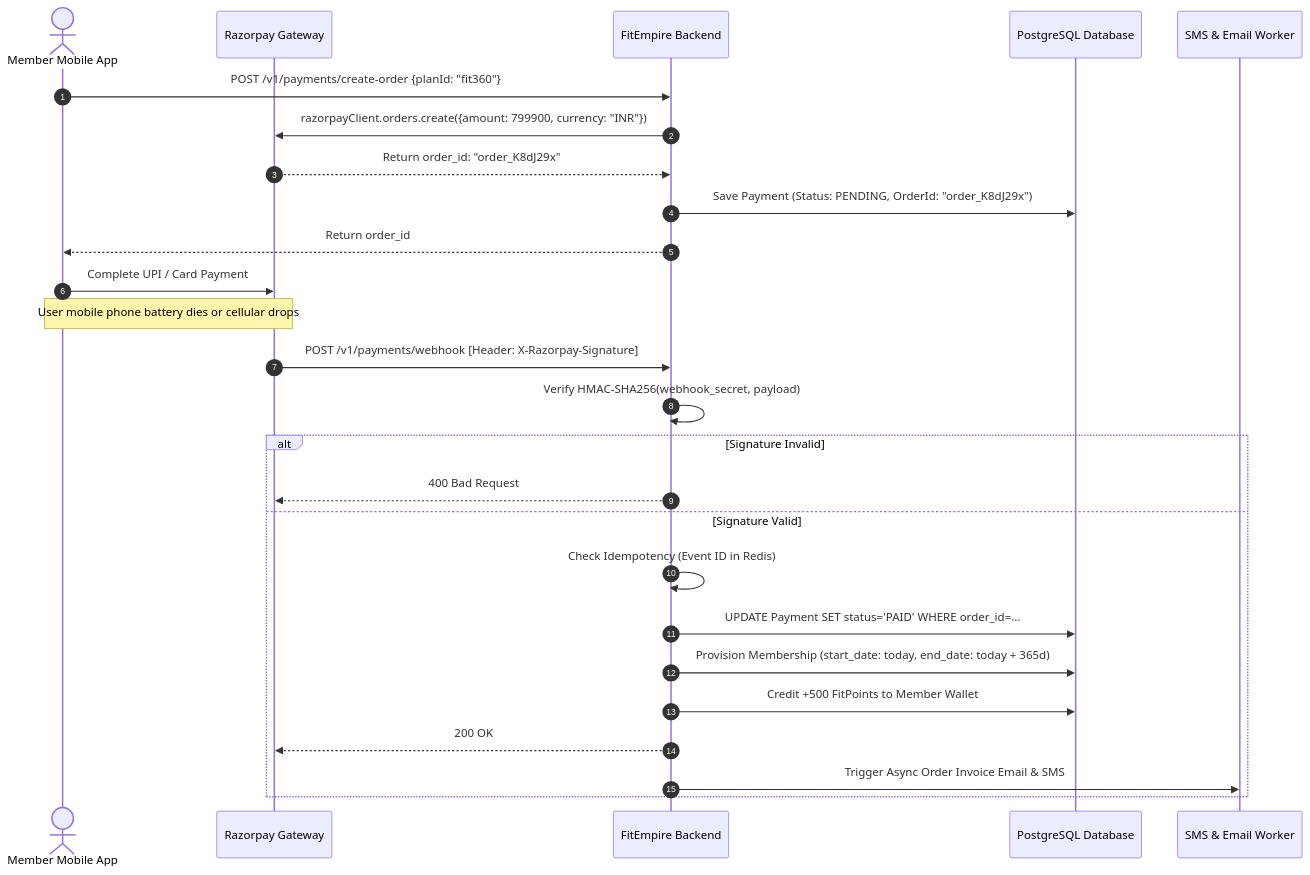
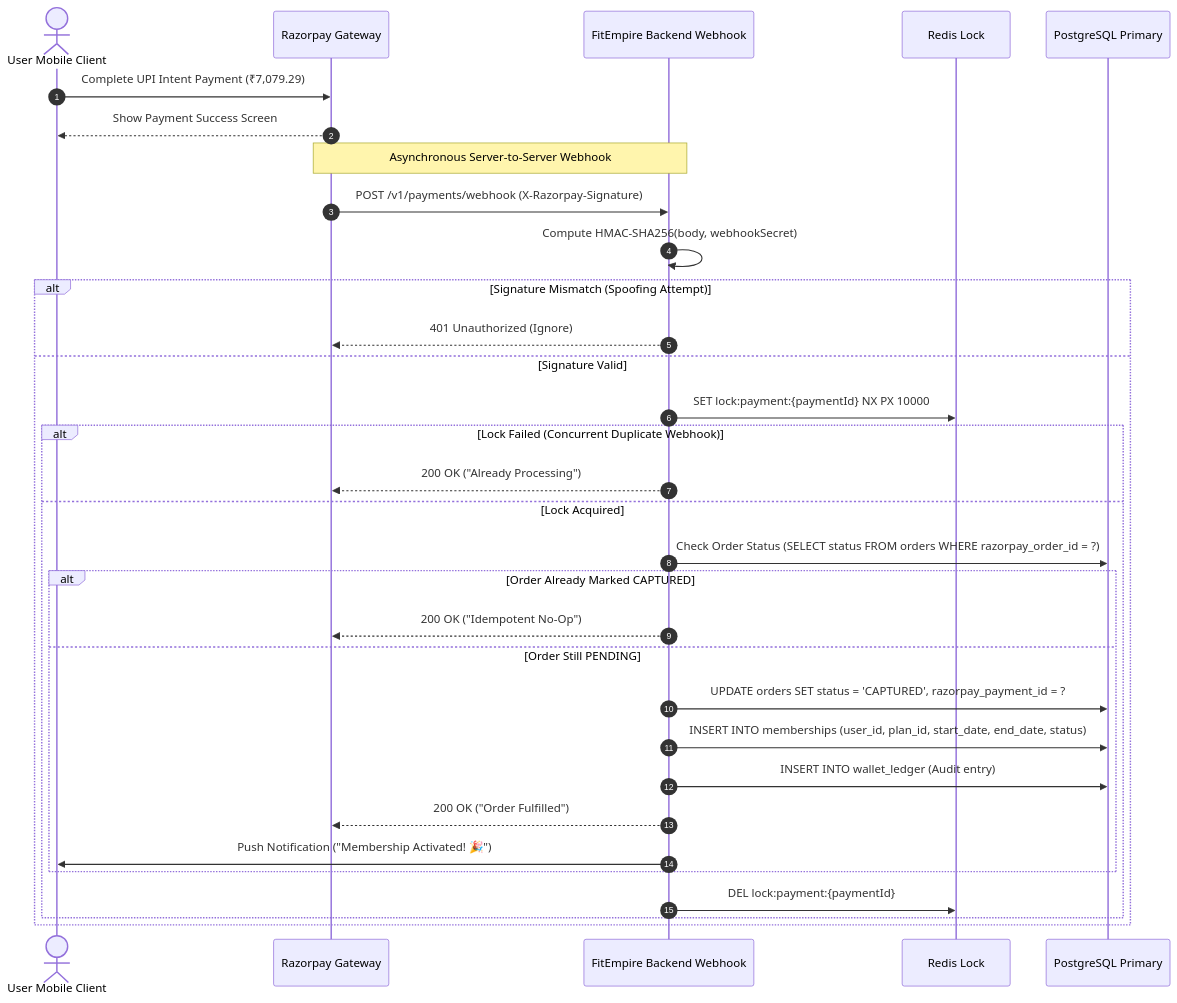
Before and after one commit to ayushgupta9906/FitEmpire: the fifth of 9 diagrams in SYSTEM_DESIGN.md, drawn with Mermaid. The commit also changed other lines of this file and 19 other files, not shown here.

````diff
--- a/SYSTEM_DESIGN.md
+++ b/SYSTEM_DESIGN.md
@@ -429,30 +1302,35 @@
 ```mermaid
 sequenceDiagram
     autonumber
-    actor User as Member Mobile App
-    participant PG as Razorpay Gateway
-    participant Backend as FitEmpire Backend
-    participant DB as PostgreSQL Database
-    participant Notifications as SMS & Email Worker
+    actor User as User Mobile Client
+    participant Razorpay as Razorpay Gateway
+    participant Backend as FitEmpire Backend Webhook
+    participant Redis as Redis Lock
+    participant DB as PostgreSQL Primary
 
-    User->>Backend: POST /v1/payments/create-order {planId: "fit360"}
-    Backend->>PG: razorpayClient.orders.create({amount: 799900, currency: "INR"})
-    PG-->>Backend: Return order_id: "order_K8dJ29x"
-    Backend->>DB: Save Payment (Status: PENDING, OrderId: "order_K8dJ29x")
-    Backend-->>User: Return order_id
-    User->>PG: Complete UPI / Card Payment
-    Note over User,PG: User mobile phone battery dies or cellular drops
-
-    PG->>Backend: POST /v1/payments/webhook [Header: X-Razorpay-Signature]
-    Backend->>Backend: Verify HMAC-SHA256(webhook_secret, payload)
-    alt Signature Invalid
-        Backend-->>PG: 400 Bad Request
+    User->>Razorpay: Complete UPI Intent Payment (₹7,079.29)
+    Razorpay-->>User: Show Payment Success Screen
+    Note over Razorpay,Backend: Asynchronous Server-to-Server Webhook
+    Razorpay->>Backend: POST /v1/payments/webhook (X-Razorpay-Signature)
+    Backend->>Backend: Compute HMAC-SHA256(body, webhookSecret)
+    alt Signature Mismatch (Spoofing Attempt)
+        Backend-->>Razorpay: 401 Unauthorized (Ignore)
     else Signature Valid
-        Backend->>Backend: Check Idempotency (Event ID in Redis)
-        Backend->>DB: UPDATE Payment SET status='PAID' WHERE order_id=...
-        Backend->>DB: Provision Membership (start_date: today, end_date: today + 365d)
-        Backend->>DB: Credit +500 FitPoints to Member Wallet
-        Backend-->>PG: 200 OK
-        Backend->>Notifications: Trigger Async Order Invoice Email & SMS
+        Backend->>Redis: SET lock:payment:{paymentId} NX PX 10000
+        alt Lock Failed (Concurrent Duplicate Webhook)
+            Backend-->>Razorpay: 200 OK ("Already Processing")
+        else Lock Acquired
+            Backend->>DB: Check Order Status (SELECT status FROM orders WHERE razorpay_order_id = ?)
+            alt Order Already Marked CAPTURED
+                Backend-->>Razorpay: 200 OK ("Idempotent No-Op")
+            else Order Still PENDING
+                Backend->>DB: UPDATE orders SET status = 'CAPTURED', razorpay_payment_id = ?
+                Backend->>DB: INSERT INTO memberships (user_id, plan_id, start_date, end_date, status)
+                Backend->>DB: INSERT INTO wallet_ledger (Audit entry)
+                Backend-->>Razorpay: 200 OK ("Order Fulfilled")
+                Backend->>User: Push Notification ("Membership Activated! 🎉")
+            end
+            Backend->>Redis: DEL lock:payment:{paymentId}
+        end
     end
 ```
````
